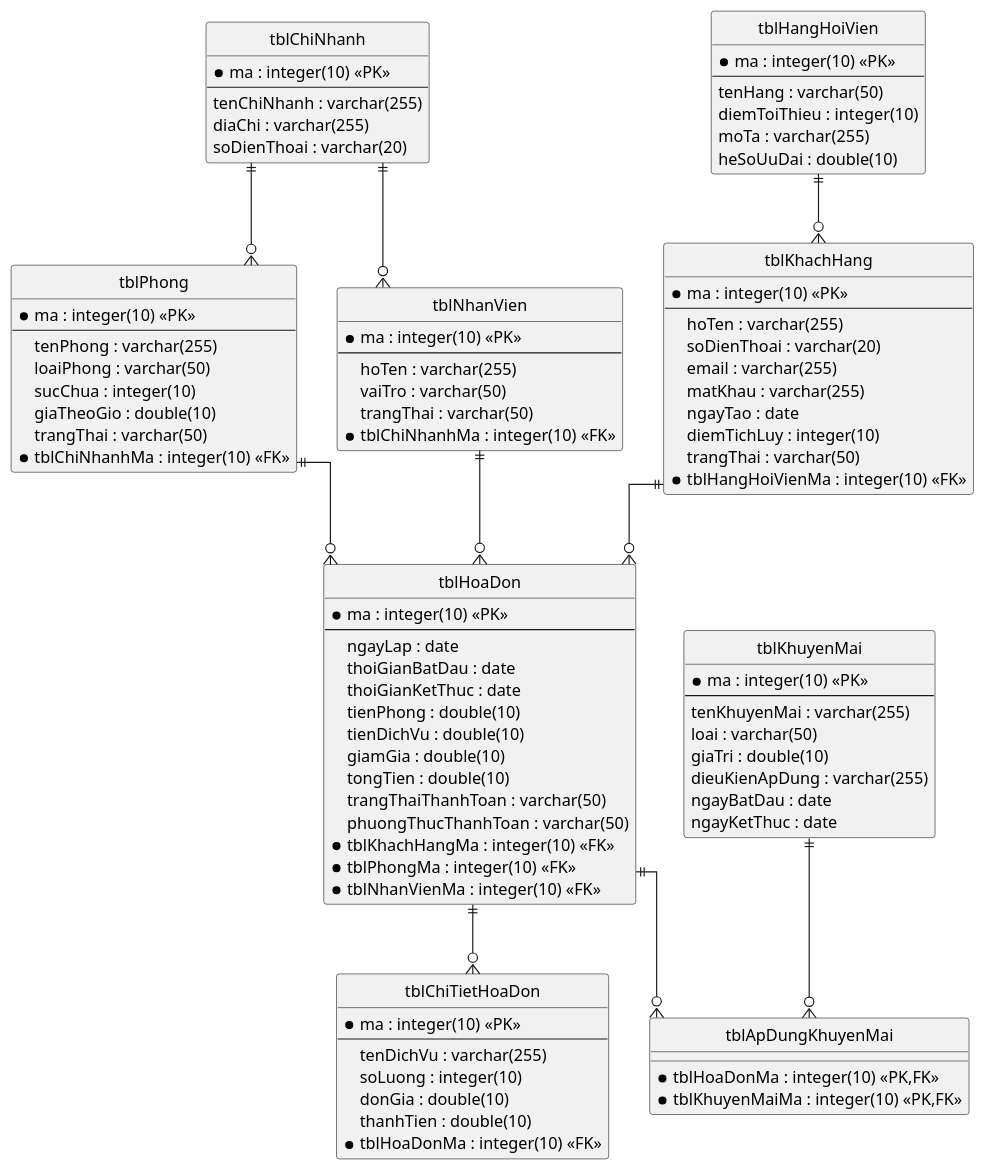
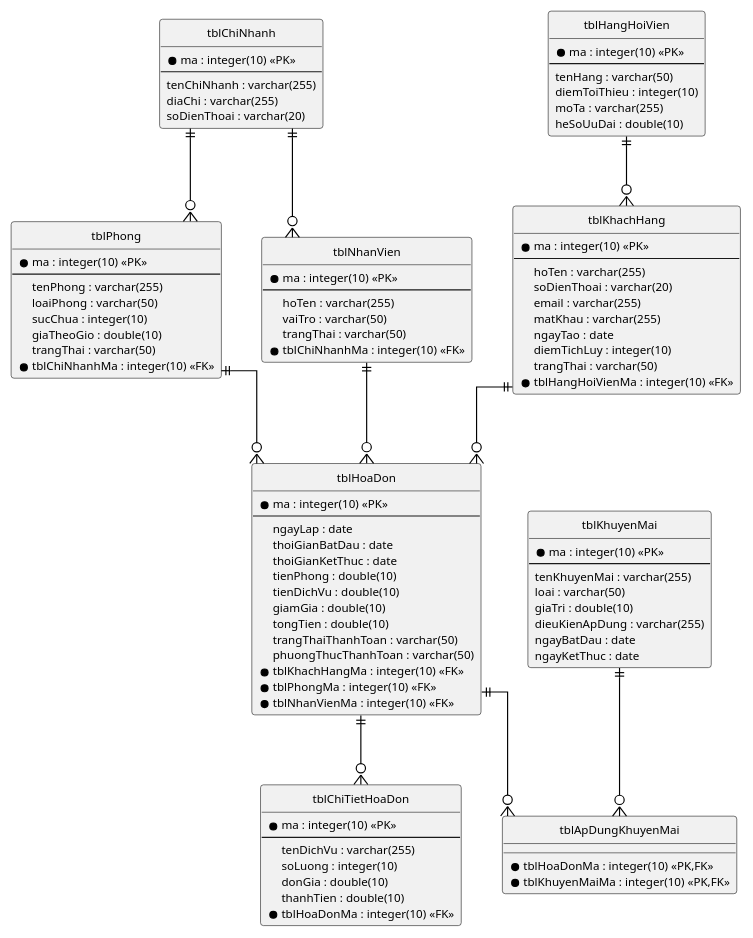
One commit to thanhtrnnn/cnpm changed the diagram in docs/tabs/section-booking-iii.2.md. Above: the diagram before and after it, drawn with PlantUML. The commit also changed 10 other files, not shown here.

First line of the commit message:
fix: align with skill changes — DAO architecture, Vietnamese method names, PlantUML v2

````diff
--- a/docs/tabs/section-booking-iii.2.md
+++ b/docs/tabs/section-booking-iii.2.md
@@ -51,6 +51,12 @@
 ```plantuml
 @startuml
+' === VP Base Theme v2 ===
 skinparam linetype ortho
+skinparam defaultFontName "Arial"
+skinparam defaultFontSize 10
+skinparam shadowing false
+skinparam arrowColor #000000
+skinparam lineColor #000000
 hide circle
 
 entity "tblChiNhanh" {
````
